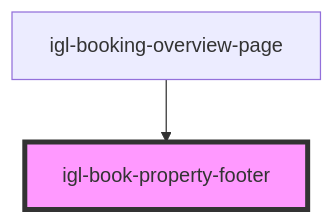
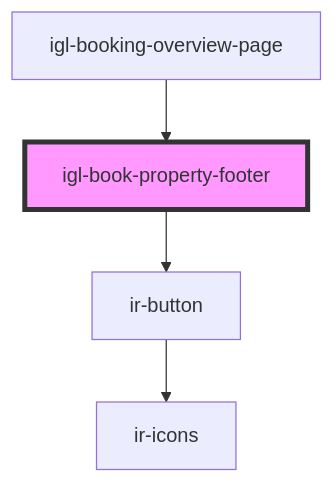
Before and after one commit to David1Chowaifaty/modified-ir-webcmp: the diagram in src/components/igloo-calendar/igl-book-property/igl-book-property-footer/readme.md, drawn with Mermaid. The commit also changed other lines of this file and 24 other files, not shown here.

````diff
--- a/src/components/igloo-calendar/igl-book-property/igl-book-property-footer/readme.md
+++ b/src/components/igloo-calendar/igl-book-property/igl-book-property-footer/readme.md
@@ -30,5 +34,7 @@
 ```mermaid
 graph TD;
+  igl-book-property-footer --> ir-button
+  ir-button --> ir-icons
   igl-booking-overview-page --> igl-book-property-footer
   style igl-book-property-footer fill:#f9f,stroke:#333,stroke-width:4px
 ```
````
